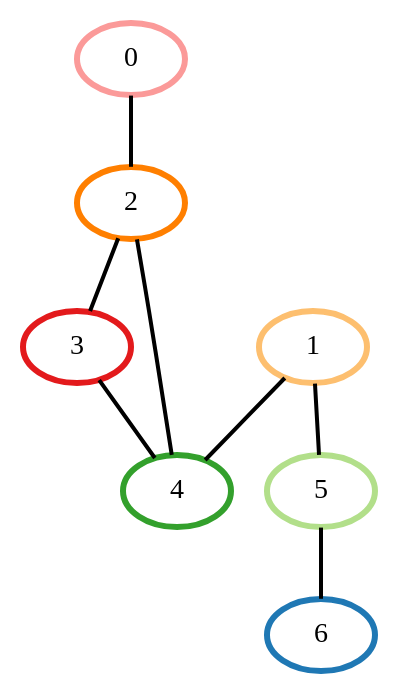
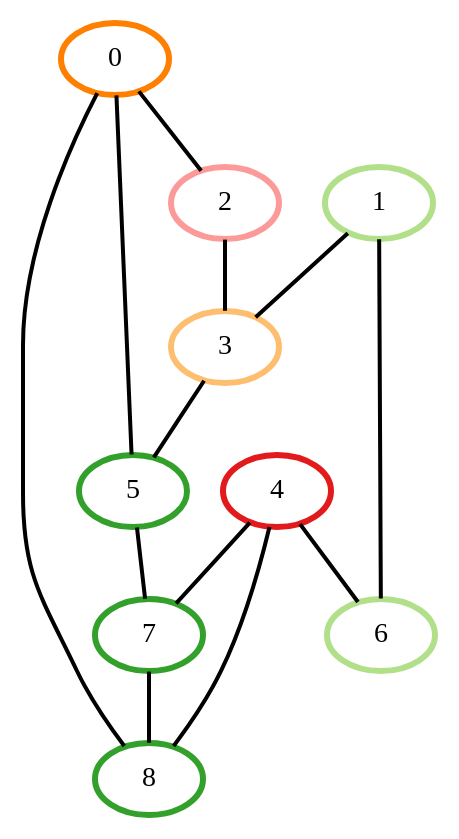
Before and after one commit to RobvEmous/Mod7Group2: the diagram in GI/Results/colorfulIt_1_0.dot, drawn with Graphviz. The commit also changed 3 other files, not shown here.

```diff
--- a/GI/Results/colorfulIt_1_0.dot
+++ b/GI/Results/colorfulIt_1_0.dot
@@ -1,17 +1,24 @@
 graph G {
-    0 [penwidth=3,color=5, colorscheme=paired12]
-    1 [penwidth=3,color=7, colorscheme=paired12]
-    2 [penwidth=3,color=8, colorscheme=paired12]
-    3 [penwidth=3,color=6, colorscheme=paired12]
-    4 [penwidth=3,color=4, colorscheme=paired12]
-    5 [penwidth=3,color=3, colorscheme=paired12]
-    6 [penwidth=3,color=2, colorscheme=paired12]
+    0 [penwidth=3,color=8, colorscheme=paired12]
+    1 [penwidth=3,color=3, colorscheme=paired12]
+    2 [penwidth=3,color=5, colorscheme=paired12]
+    3 [penwidth=3,color=7, colorscheme=paired12]
+    4 [penwidth=3,color=6, colorscheme=paired12]
+    5 [penwidth=3,color=4, colorscheme=paired12]
+    6 [penwidth=3,color=3, colorscheme=paired12]
+    7 [penwidth=3,color=4, colorscheme=paired12]
+    8 [penwidth=3,color=4, colorscheme=paired12]
 
+    7--8 [penwidth=2]
+    1--6 [penwidth=2]
+    4--6 [penwidth=2]
+    0--8 [penwidth=2]
+    3--5 [penwidth=2]
+    5--7 [penwidth=2]
+    0--5 [penwidth=2]
+    4--8 [penwidth=2]
+    2--3 [penwidth=2]
     0--2 [penwidth=2]
-    2--3 [penwidth=2]
-    2--4 [penwidth=2]
-    3--4 [penwidth=2]
-    1--4 [penwidth=2]
-    1--5 [penwidth=2]
-    5--6 [penwidth=2]
+    1--3 [penwidth=2]
+    4--7 [penwidth=2]
 }
```
